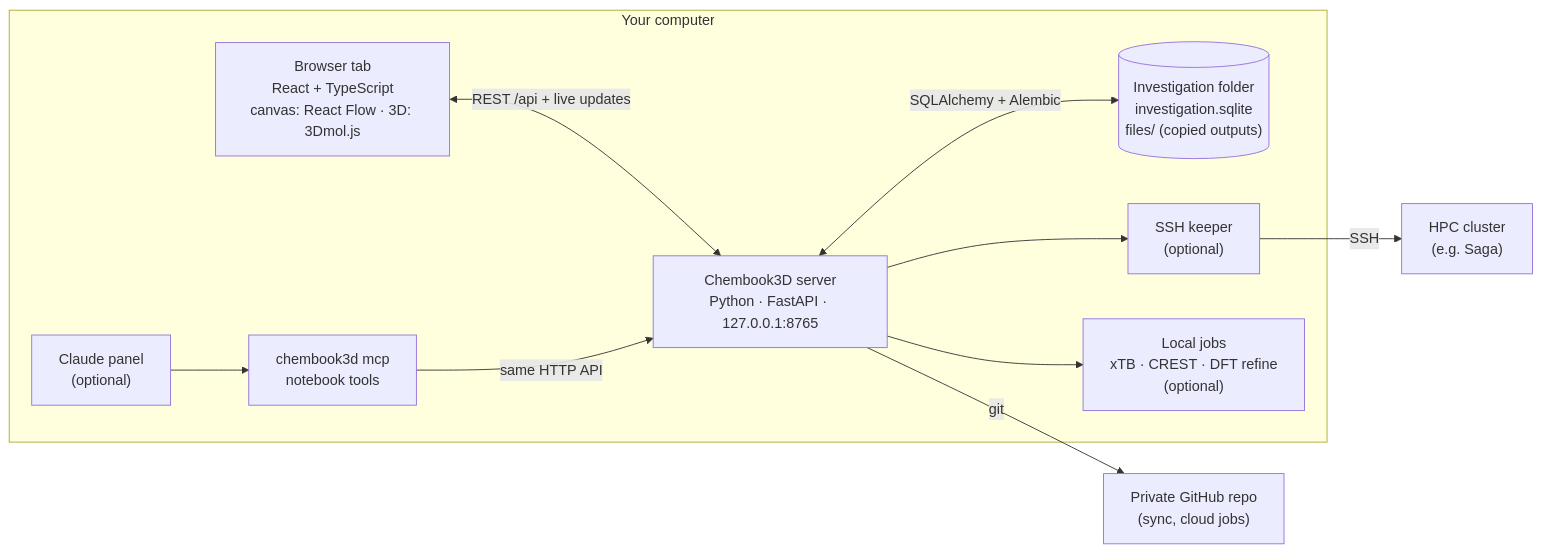
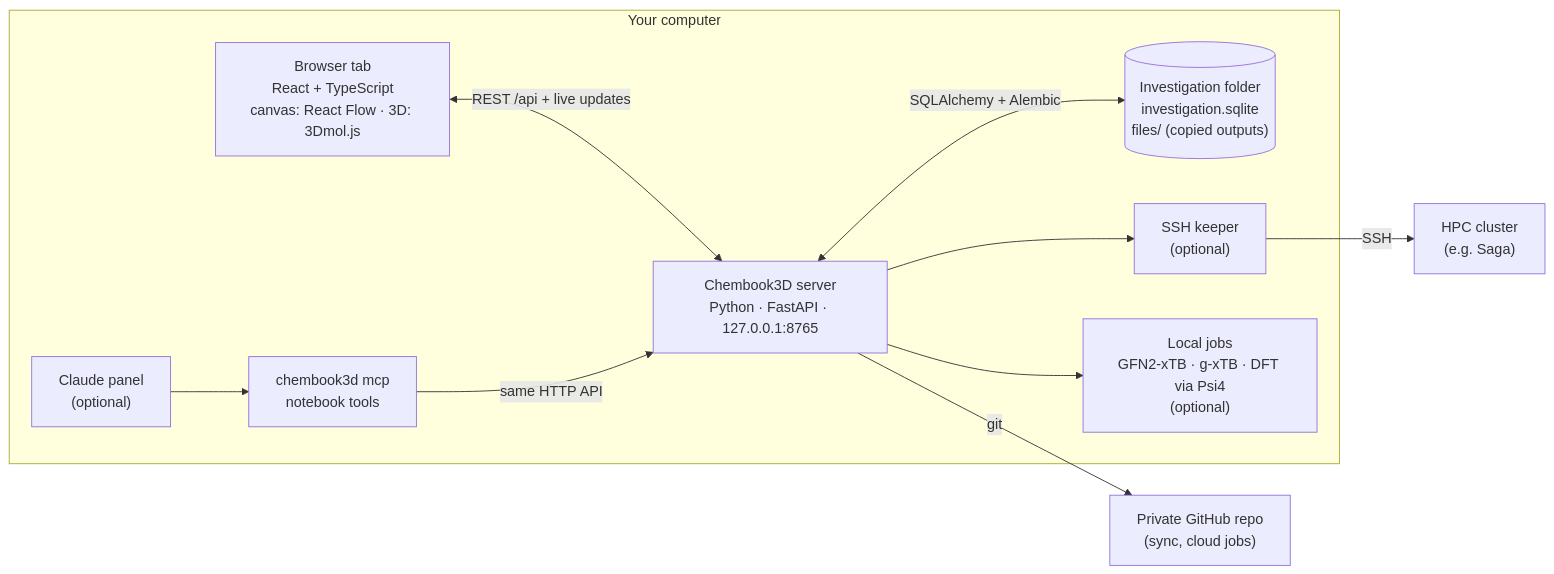
Before and after one commit to jonas-ekeli/Chembook3D: the second of 3 diagrams in README.md, drawn with Mermaid. The commit also changed other lines of this file and 6 other files, not shown here.

````diff
--- a/README.md
+++ b/README.md
@@ -95,18 +103,18 @@
 ```mermaid
 flowchart LR
     subgraph PC["Your computer"]
         UI["Browser tab<br/>React + TypeScript<br/>canvas: React Flow · 3D: 3Dmol.js"]
         API["Chembook3D server<br/>Python · FastAPI · 127.0.0.1:8765"]
         DB[("Investigation folder<br/>investigation.sqlite<br/>files/ (copied outputs)")]
         CP["Claude panel<br/>(optional)"]
         MCP["chembook3d mcp<br/>notebook tools"]
         KEEP["SSH keeper<br/>(optional)"]
-        LOC["Local jobs<br/>xTB · CREST · DFT refine<br/>(optional)"]
+        LOC["Local jobs<br/>GFN2-xTB · g-xTB · DFT via Psi4<br/>(optional)"]
     end
     UI <-->|"REST /api + live updates"| API
     API <-->|"SQLAlchemy + Alembic"| DB
     CP --> MCP -->|"same HTTP API"| API
     API --> KEEP -->|SSH| HPC["HPC cluster<br/>(e.g. Saga)"]
     API -->|git| GH["Private GitHub repo<br/>(sync, cloud jobs)"]
     API --> LOC
 ```
````
